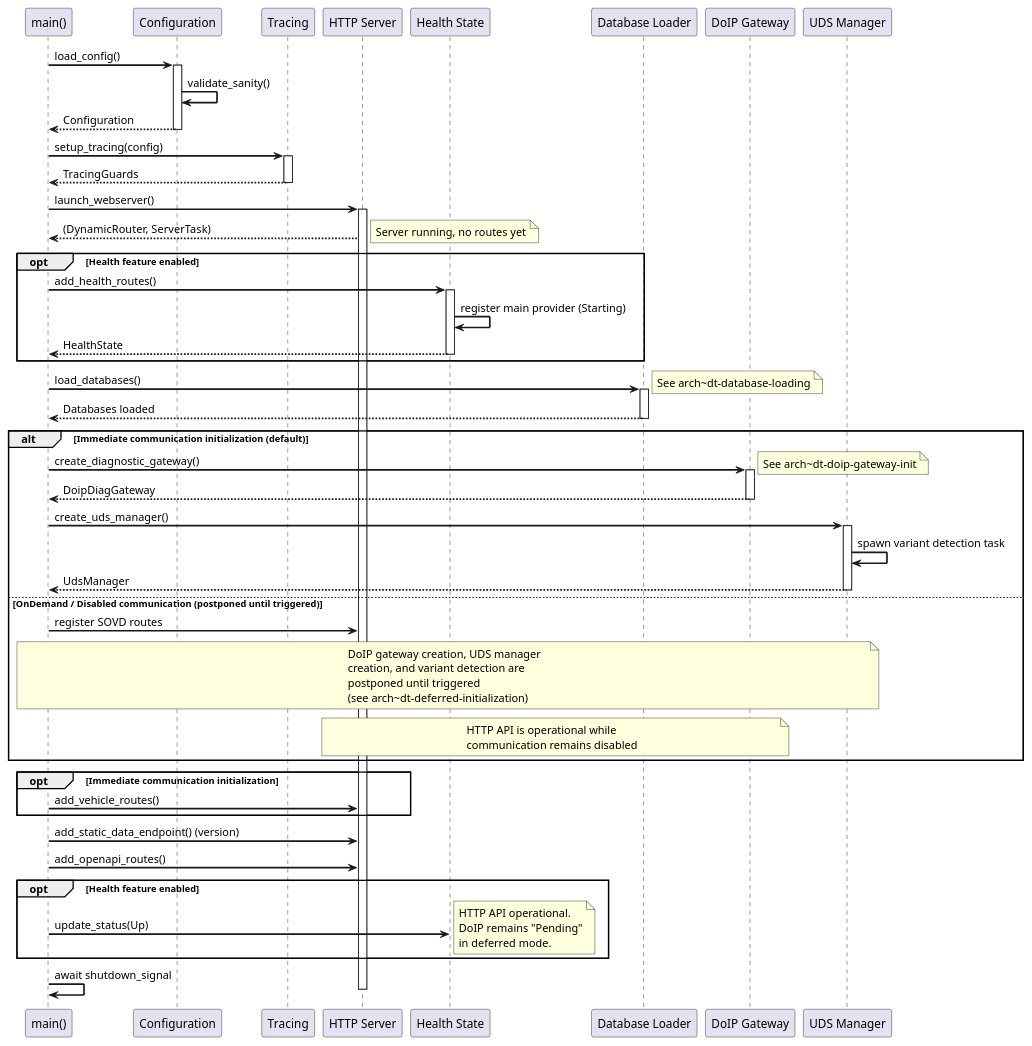
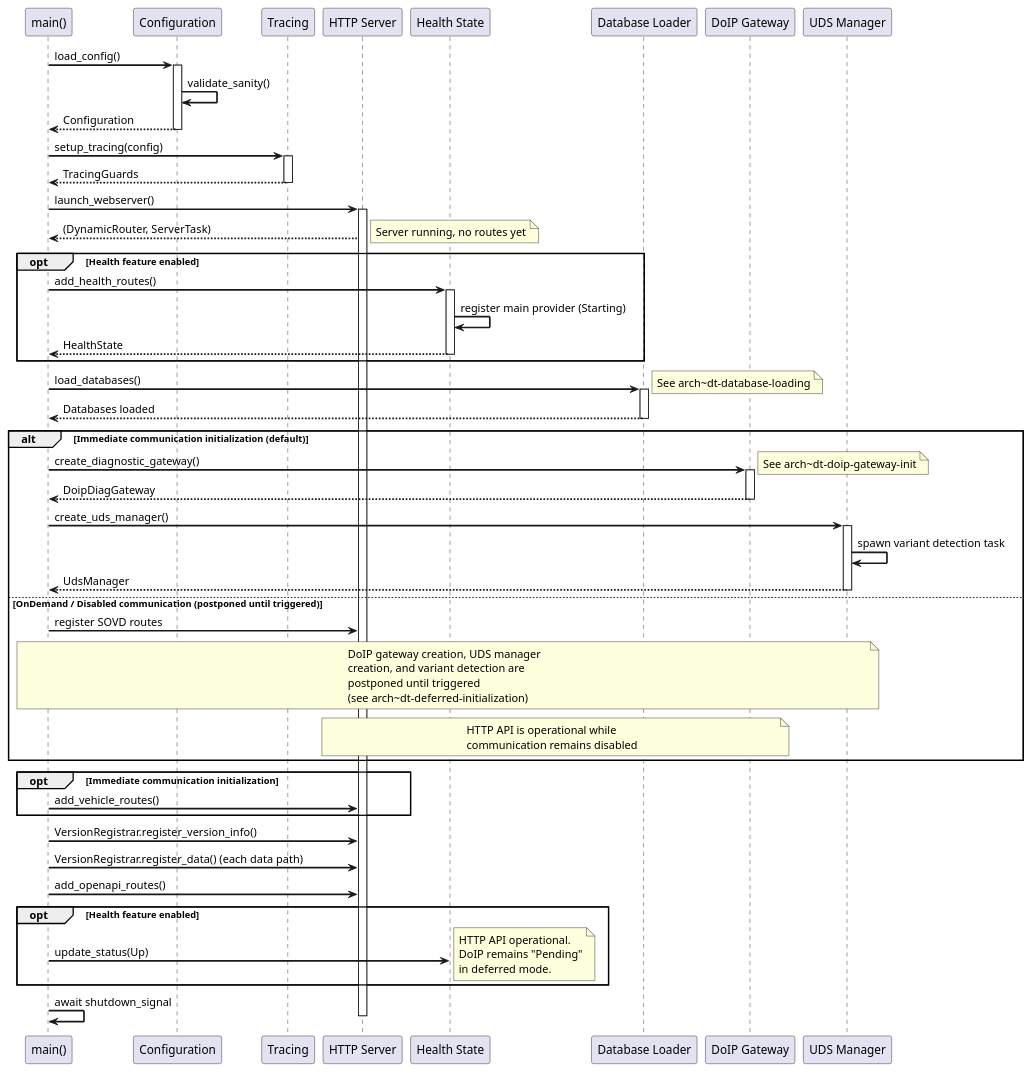
Before and after one commit to eclipse-opensovd/classic-diagnostic-adapter: the first of 8 diagrams in docs/03_architecture/04_diagnostic_tester.rst, drawn with PlantUML. The commit also changed 8 other files, not shown here.

Commit message:
refactor(sovd): centralize version endpoint registration

```diff
--- a/docs/03_architecture/04_diagnostic_tester.rst
+++ b/docs/03_architecture/04_diagnostic_tester.rst
@@ -172,7 +172,8 @@
         opt Immediate communication initialization
             Main -> HTTP: add_vehicle_routes()
         end
-        Main -> HTTP: add_static_data_endpoint() (version)
+        Main -> HTTP: VersionRegistrar.register_version_info()
+        Main -> HTTP: VersionRegistrar.register_data() (each data path)
         Main -> HTTP: add_openapi_routes()
 
         opt Health feature enabled
```
